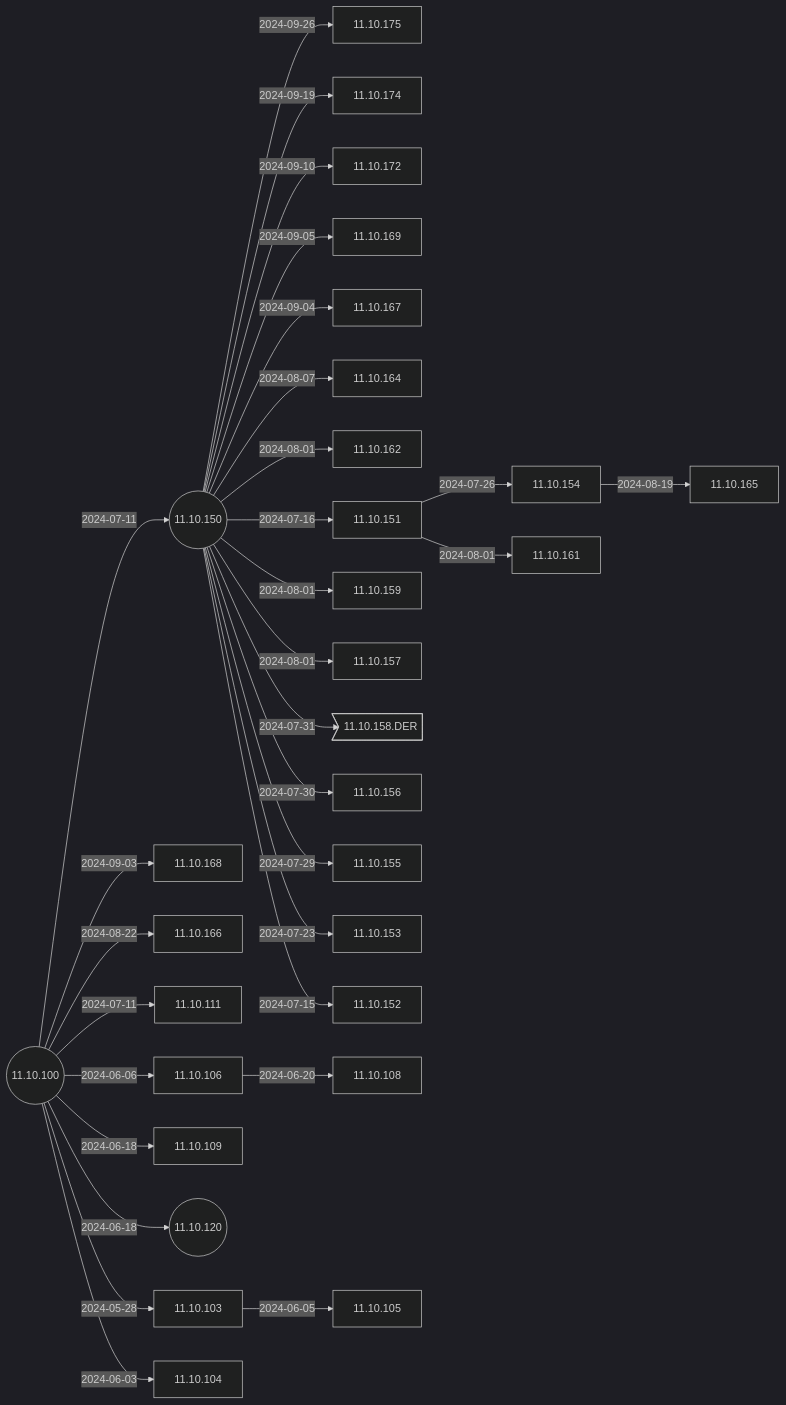
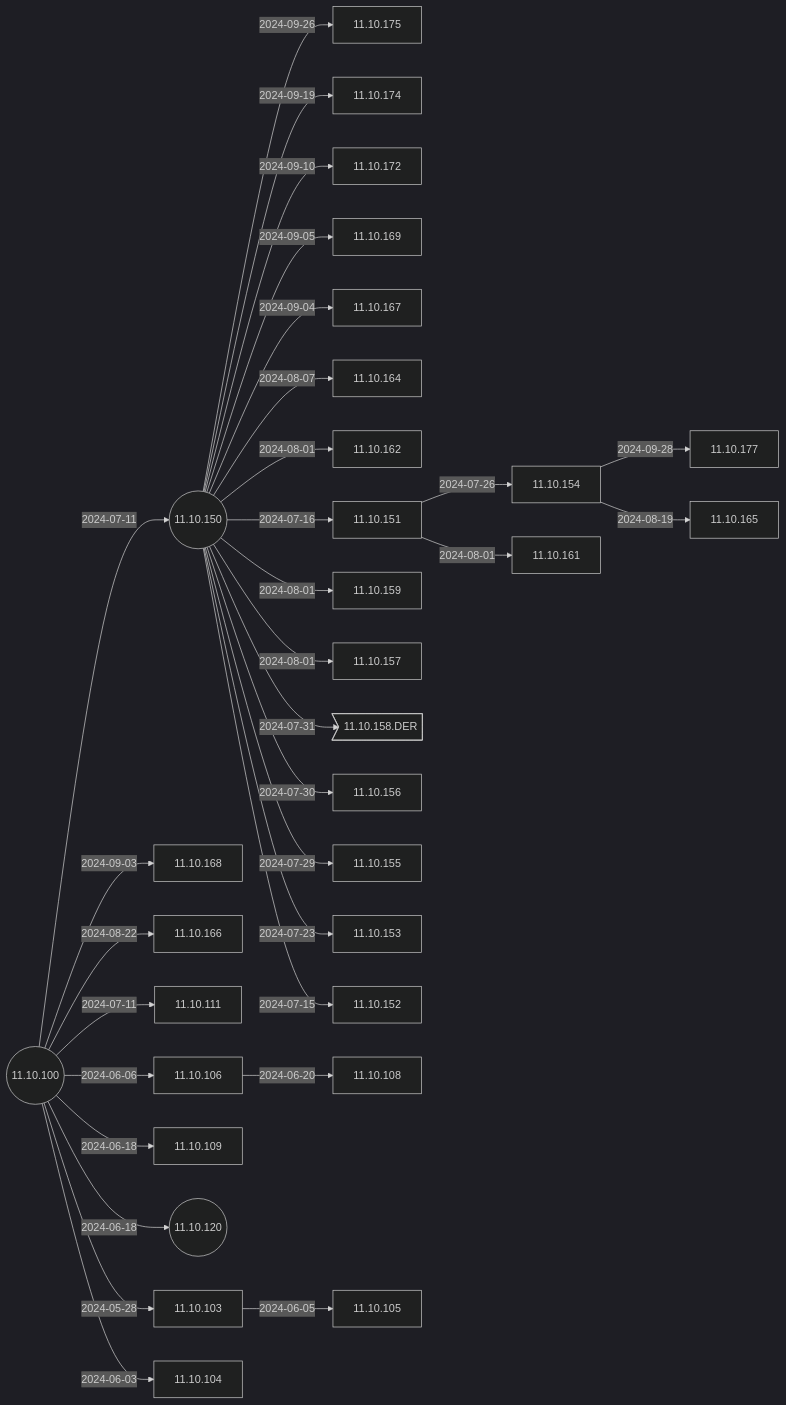
The second of 6 diagrams in docs/Docs/ReleaseNotes/01-OS11/README.md (IGEL-Community/IGEL-Docs-v02), drawn with Mermaid (dark theme) before and after one commit. The commit also changed 2 other files, not shown here.

Commit message:
11.10.177 < 11.10.154 11.10.177 < 11.10.154

````diff
--- a/docs/Docs/ReleaseNotes/01-OS11/README.md
+++ b/docs/Docs/ReleaseNotes/01-OS11/README.md
@@ -41,63 +41,65 @@
 ```mermaid
 flowchart LR
+    11.10.154-- 2024-09-28 -->11.10.177
     11.10.150-- 2024-09-26 -->11.10.175
     11.10.150-- 2024-09-19 -->11.10.174
     11.10.150-- 2024-09-10 -->11.10.172
     11.10.150-- 2024-09-05 -->11.10.169
     11.10.150-- 2024-09-04 -->11.10.167
     11.10.100-- 2024-09-03 -->11.10.168
     11.10.100-- 2024-08-22 -->11.10.166
     11.10.154-- 2024-08-19 -->11.10.165
     11.10.150-- 2024-08-07 -->11.10.164
     11.10.150-- 2024-08-01 -->11.10.162
     11.10.151-- 2024-08-01 -->11.10.161
     11.10.150-- 2024-08-01 -->11.10.159
     11.10.150-- 2024-08-01 -->11.10.157
     11.10.150-- 2024-07-31 -->11.10.158.DER>11.10.158.DER]
     11.10.150-- 2024-07-30 -->11.10.156
     11.10.150-- 2024-07-29 -->11.10.155
     11.10.151-- 2024-07-26 -->11.10.154
     11.10.150-- 2024-07-23 -->11.10.153
     11.10.150-- 2024-07-16 -->11.10.151
     11.10.150-- 2024-07-15 -->11.10.152
     11.10.100-- 2024-07-11 -->11.10.150((11.10.150))
     11.10.100-- 2024-07-11 -->11.10.111
     11.10.106-- 2024-06-20 -->11.10.108
     11.10.100-- 2024-06-18 -->11.10.109
     11.10.100-- 2024-06-18 -->11.10.120((11.10.120))
     11.10.100-- 2024-06-06 -->11.10.106
     11.10.103-- 2024-06-05 -->11.10.105
     11.10.100-- 2024-06-03 -->11.10.104
     11.10.100-- 2024-05-28 -->11.10.103
     11.10.100((11.10.100))
+    click 11.10.177 "https://github.com/IGEL-Community/IGEL-Docs-v02/tree/main/docs/Docs/ReleaseNotes/01-OS11/readme11.10.177.txt" _blank
     click 11.10.175 "https://github.com/IGEL-Community/IGEL-Docs-v02/tree/main/docs/Docs/ReleaseNotes/01-OS11/readme11.10.175.txt" _blank
     click 11.10.174 "https://github.com/IGEL-Community/IGEL-Docs-v02/tree/main/docs/Docs/ReleaseNotes/01-OS11/readme11.10.174.txt" _blank
     click 11.10.172 "https://github.com/IGEL-Community/IGEL-Docs-v02/tree/main/docs/Docs/ReleaseNotes/01-OS11/readme11.10.172.txt" _blank
     click 11.10.169 "https://github.com/IGEL-Community/IGEL-Docs-v02/tree/main/docs/Docs/ReleaseNotes/01-OS11/readme11.10.169.txt" _blank
     click 11.10.167 "https://github.com/IGEL-Community/IGEL-Docs-v02/tree/main/docs/Docs/ReleaseNotes/01-OS11/readme11.10.167.txt" _blank
     click 11.10.168 "https://github.com/IGEL-Community/IGEL-Docs-v02/tree/main/docs/Docs/ReleaseNotes/01-OS11/readme11.10.168.txt" _blank
     click 11.10.166 "https://github.com/IGEL-Community/IGEL-Docs-v02/tree/main/docs/Docs/ReleaseNotes/01-OS11/readme11.10.166.txt" _blank
     click 11.10.165 "https://github.com/IGEL-Community/IGEL-Docs-v02/tree/main/docs/Docs/ReleaseNotes/01-OS11/readme11.10.165.txt" _blank
     click 11.10.164 "https://github.com/IGEL-Community/IGEL-Docs-v02/tree/main/docs/Docs/ReleaseNotes/01-OS11/readme11.10.164.txt" _blank
     click 11.10.162 "https://github.com/IGEL-Community/IGEL-Docs-v02/tree/main/docs/Docs/ReleaseNotes/01-OS11/readme11.10.162.txt" _blank
     click 11.10.161 "https://github.com/IGEL-Community/IGEL-Docs-v02/tree/main/docs/Docs/ReleaseNotes/01-OS11/readme11.10.161.txt" _blank
     click 11.10.159 "https://github.com/IGEL-Community/IGEL-Docs-v02/tree/main/docs/Docs/ReleaseNotes/01-OS11/readme11.10.159.txt" _blank
     click 11.10.157 "https://github.com/IGEL-Community/IGEL-Docs-v02/tree/main/docs/Docs/ReleaseNotes/01-OS11/readme11.10.157.txt" _blank
     click 11.10.158.DER "https://github.com/IGEL-Community/IGEL-Docs-v02/tree/main/docs/Docs/ReleaseNotes/01-OS11/readme11.10.158.DER.txt" _blank
     click 11.10.156 "https://github.com/IGEL-Community/IGEL-Docs-v02/tree/main/docs/Docs/ReleaseNotes/01-OS11/readme11.10.156.txt" _blank
     click 11.10.155 "https://github.com/IGEL-Community/IGEL-Docs-v02/tree/main/docs/Docs/ReleaseNotes/01-OS11/readme11.10.155.txt" _blank
     click 11.10.154 "https://github.com/IGEL-Community/IGEL-Docs-v02/tree/main/docs/Docs/ReleaseNotes/01-OS11/readme11.10.154.txt" _blank
     click 11.10.153 "https://github.com/IGEL-Community/IGEL-Docs-v02/tree/main/docs/Docs/ReleaseNotes/01-OS11/readme11.10.153.txt" _blank
     click 11.10.151 "https://github.com/IGEL-Community/IGEL-Docs-v02/tree/main/docs/Docs/ReleaseNotes/01-OS11/readme11.10.151.txt" _blank
     click 11.10.152 "https://github.com/IGEL-Community/IGEL-Docs-v02/tree/main/docs/Docs/ReleaseNotes/01-OS11/readme11.10.152.txt" _blank
     click 11.10.111 "https://github.com/IGEL-Community/IGEL-Docs-v02/tree/main/docs/Docs/ReleaseNotes/01-OS11/readme11.10.111.txt" _blank
     click 11.10.150 "https://github.com/IGEL-Community/IGEL-Docs-v02/tree/main/docs/Docs/ReleaseNotes/01-OS11/readme11.10.150.txt" _blank
     click 11.10.108 "https://github.com/IGEL-Community/IGEL-Docs-v02/tree/main/docs/Docs/ReleaseNotes/01-OS11/readme11.10.108.txt" _blank
     click 11.10.109 "https://github.com/IGEL-Community/IGEL-Docs-v02/tree/main/docs/Docs/ReleaseNotes/01-OS11/readme11.10.109.txt" _blank
     click 11.10.120 "https://github.com/IGEL-Community/IGEL-Docs-v02/tree/main/docs/Docs/ReleaseNotes/01-OS11/readme11.10.120.txt" _blank
     click 11.10.106 "https://github.com/IGEL-Community/IGEL-Docs-v02/tree/main/docs/Docs/ReleaseNotes/01-OS11/readme11.10.106.txt" _blank
     click 11.10.105 "https://github.com/IGEL-Community/IGEL-Docs-v02/tree/main/docs/Docs/ReleaseNotes/01-OS11/readme11.10.105.txt" _blank
     click 11.10.104 "https://github.com/IGEL-Community/IGEL-Docs-v02/tree/main/docs/Docs/ReleaseNotes/01-OS11/readme11.10.104.txt" _blank
     click 11.10.103 "https://github.com/IGEL-Community/IGEL-Docs-v02/tree/main/docs/Docs/ReleaseNotes/01-OS11/readme11.10.103.txt" _blank
     click 11.10.100 "https://github.com/IGEL-Community/IGEL-Docs-v02/tree/main/docs/Docs/ReleaseNotes/01-OS11/readme11.10.100.txt" _blank
 ```
````
